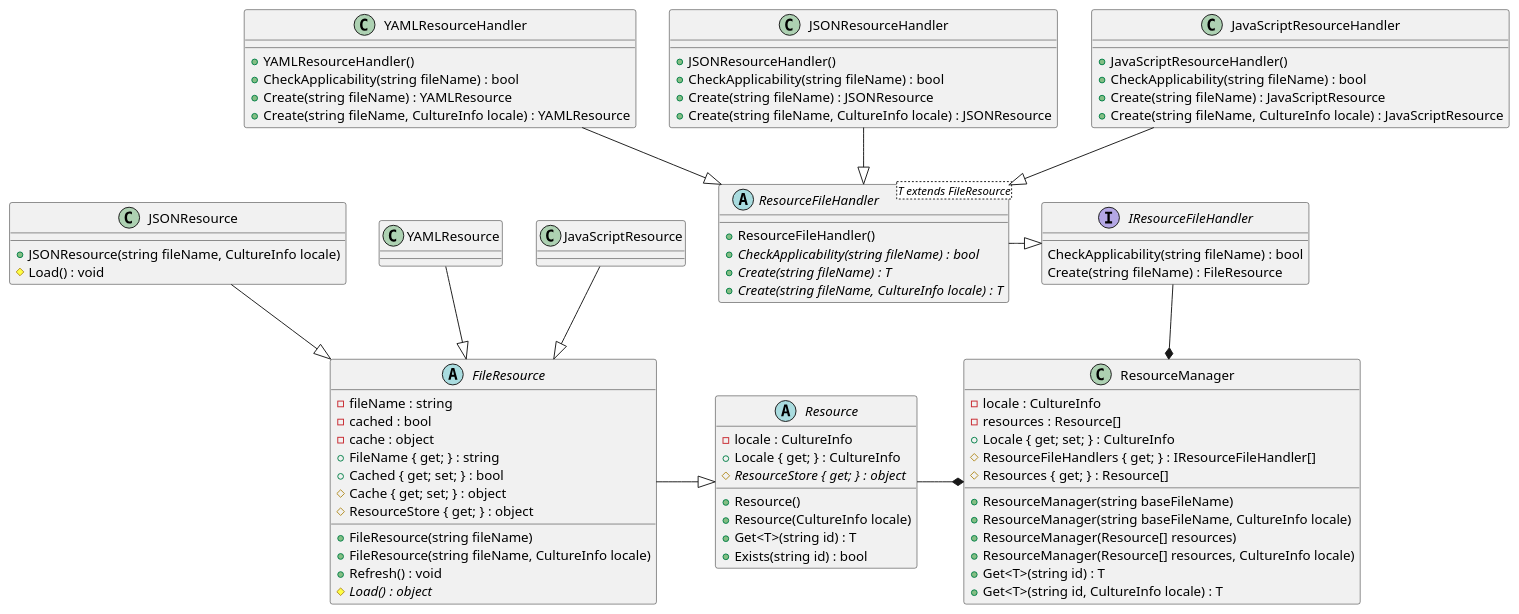
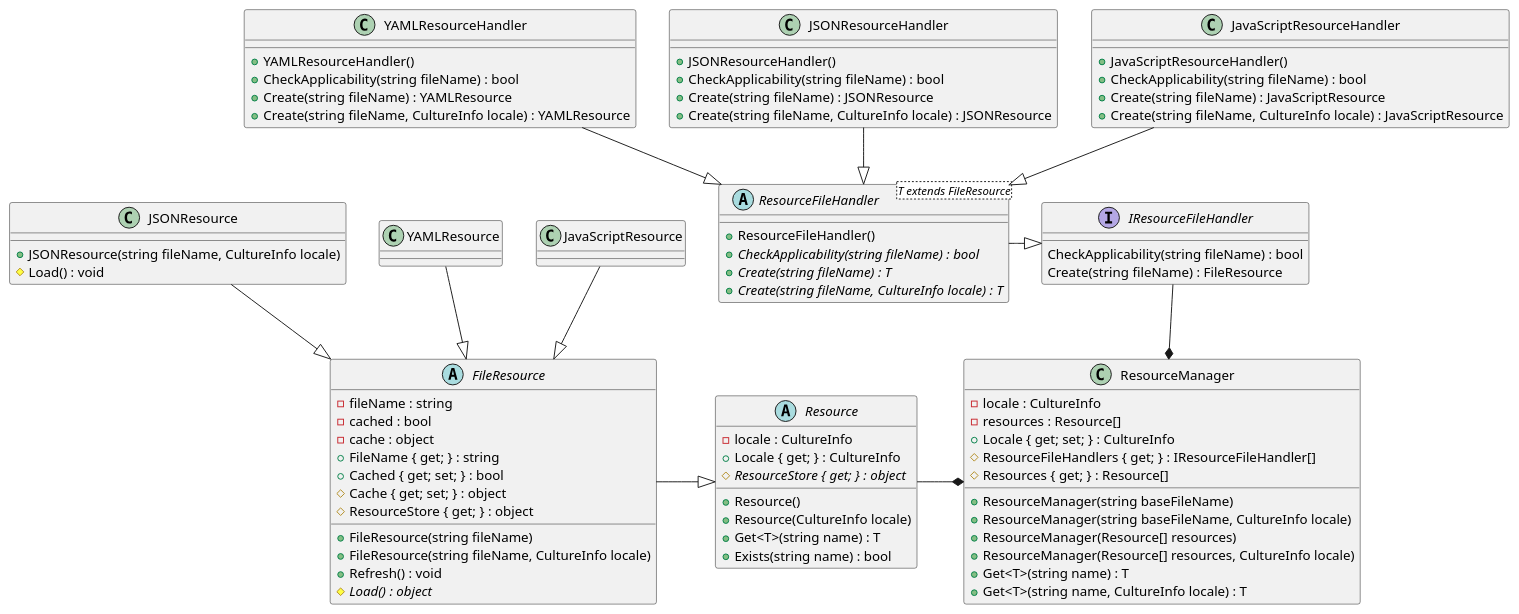
Before and after one commit to manuth/ResourceManager.js: the diagram in docs/ClassDiagram.wsd, drawn with PlantUML. The commit also changed 2 other files, not shown here.

```diff
--- a/docs/ClassDiagram.wsd
+++ b/docs/ClassDiagram.wsd
@@ -1,113 +1,113 @@
 @startuml ResourceManager.js
 abstract class Resource
 {
     - locale : CultureInfo
     + Resource()
     + Resource(CultureInfo locale)
     + Locale { get; } : CultureInfo
     # {abstract} ResourceStore { get; } : object
-    + Get<T>(string id) : T
-    + Exists(string id) : bool
+    + Get<T>(string name) : T
+    + Exists(string name) : bool
 }
 
 FileResource -|> Resource
 
 abstract class FileResource
 {
     - fileName : string
     - cached : bool
     - cache : object
     + FileResource(string fileName)
     + FileResource(string fileName, CultureInfo locale)
     + FileName { get; } : string
     + Cached { get; set; } : bool
     # Cache { get; set; } : object
     # ResourceStore { get; } : object
     + Refresh() : void
     # {abstract} Load() : object
 }
 
 JSONResource --|> FileResource
 
 class JSONResource
 {
     + JSONResource(string fileName, CultureInfo locale)
     # Load() : void
 }
 
 YAMLResource --|> FileResource
 
 class YAMLResource
 {
 }
 
 JavaScriptResource --|> FileResource
 
 class JavaScriptResource
 {
 }
 
 interface IResourceFileHandler
 {
     CheckApplicability(string fileName) : bool
     Create(string fileName) : FileResource
 }
 
 ResourceFileHandler -|> IResourceFileHandler
 
 abstract class ResourceFileHandler<T extends FileResource>
 {
     + ResourceFileHandler()
     + {abstract} CheckApplicability(string fileName) : bool
     + {abstract} Create(string fileName) : T
     + {abstract} Create(string fileName, CultureInfo locale) : T
 }
 
 YAMLResourceHandler --|> ResourceFileHandler
 
 class YAMLResourceHandler
 {
     + YAMLResourceHandler()
     + CheckApplicability(string fileName) : bool
     + Create(string fileName) : YAMLResource
     + Create(string fileName, CultureInfo locale) : YAMLResource
 }
 
 JSONResourceHandler --|> ResourceFileHandler
 
 class JSONResourceHandler
 {
     + JSONResourceHandler()
     + CheckApplicability(string fileName) : bool
     + Create(string fileName) : JSONResource
     + Create(string fileName, CultureInfo locale) : JSONResource
 }
 
 JavaScriptResourceHandler --|> ResourceFileHandler
 
 class JavaScriptResourceHandler
 {
     + JavaScriptResourceHandler()
     + CheckApplicability(string fileName) : bool
     + Create(string fileName) : JavaScriptResource
     + Create(string fileName, CultureInfo locale) : JavaScriptResource
 }
 
 Resource -* ResourceManager
 IResourceFileHandler --* ResourceManager
 
 class ResourceManager
 {
     - locale : CultureInfo
     - resources : Resource[]
     + ResourceManager(string baseFileName)
     + ResourceManager(string baseFileName, CultureInfo locale)
     + ResourceManager(Resource[] resources)
     + ResourceManager(Resource[] resources, CultureInfo locale)
     + Locale { get; set; } : CultureInfo
     # ResourceFileHandlers { get; } : IResourceFileHandler[]
     # Resources { get; } : Resource[]
-    + Get<T>(string id) : T
-    + Get<T>(string id, CultureInfo locale) : T
+    + Get<T>(string name) : T
+    + Get<T>(string name, CultureInfo locale) : T
 }
 @enduml
```
